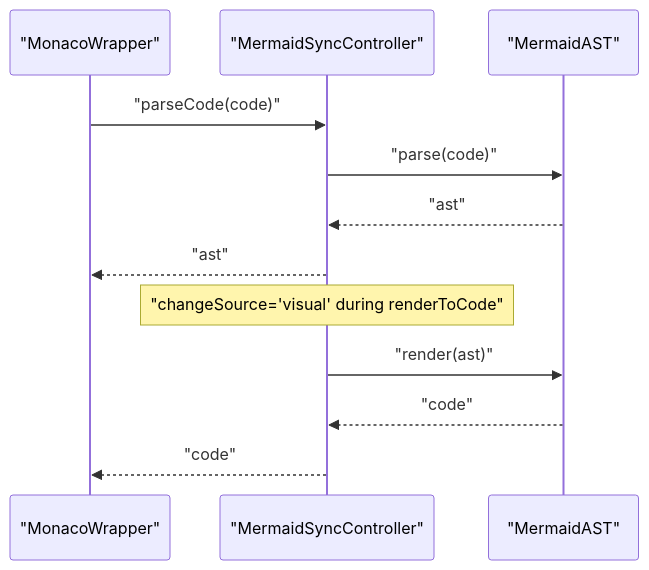
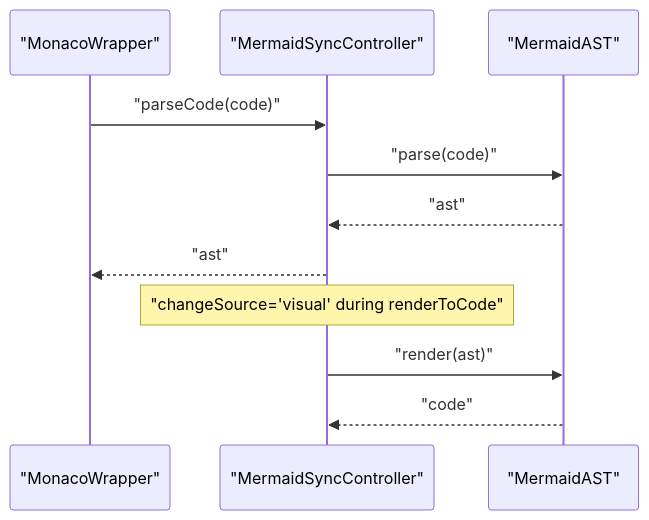
Before and after one commit to ongchonghian/universal-diagram-editor: the eighth of 13 diagrams in .qoder/repowiki/en/content/Advanced Features/Technical Implementations.md, drawn with Mermaid. The commit also changed other lines of this file and 66 other files, not shown here.

First line of the commit message:
refactor: modernize codebase with Vite build system and modular React architecture

````diff
--- a/.qoder/repowiki/en/content/Advanced Features/Technical Implementations.md
+++ b/.qoder/repowiki/en/content/Advanced Features/Technical Implementations.md
@@ -304,14 +303,13 @@
 ```mermaid
 sequenceDiagram
 participant MW as "MonacoWrapper"
 participant SYNC as "MermaidSyncController"
 participant AST as "MermaidAST"
 MW->>SYNC : "parseCode(code)"
 SYNC->>AST : "parse(code)"
 AST-->>SYNC : "ast"
 SYNC-->>MW : "ast"
 Note over SYNC : "changeSource='visual' during renderToCode"
 SYNC->>AST : "render(ast)"
 AST-->>SYNC : "code"
-SYNC-->>MW : "code"
 ```
````
